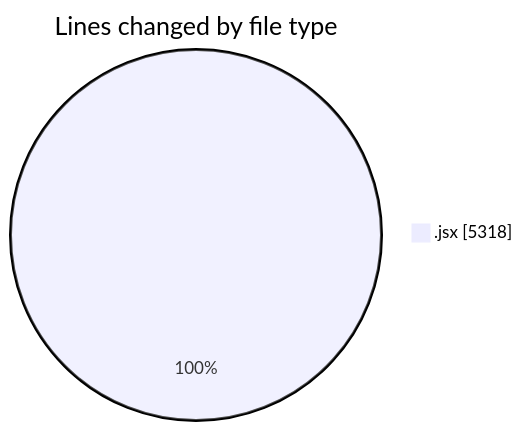
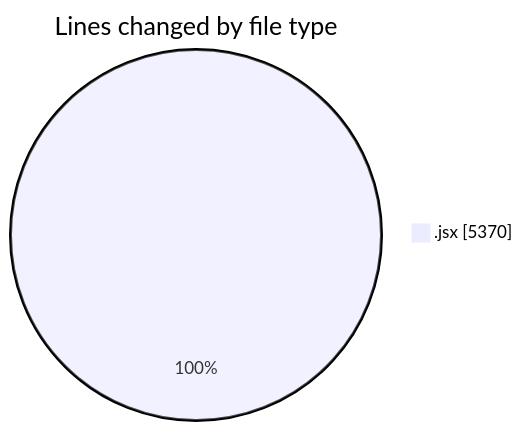
One commit to nxtqubesakshisongat/code-tracking changed the first of 2 diagrams in 2025-09-16/nxtqube_webapp/README.md. Above: the diagram before and after it, drawn with Mermaid. The commit also changed other lines of this file and 1 other file, not shown here.

````diff
--- a/2025-09-16/nxtqube_webapp/README.md
+++ b/2025-09-16/nxtqube_webapp/README.md
@@ -20,5 +20,5 @@
 ```mermaid
 pie showData
 title Lines changed by file type
-".jsx" : 5318
+".jsx" : 5370
 ```
````
